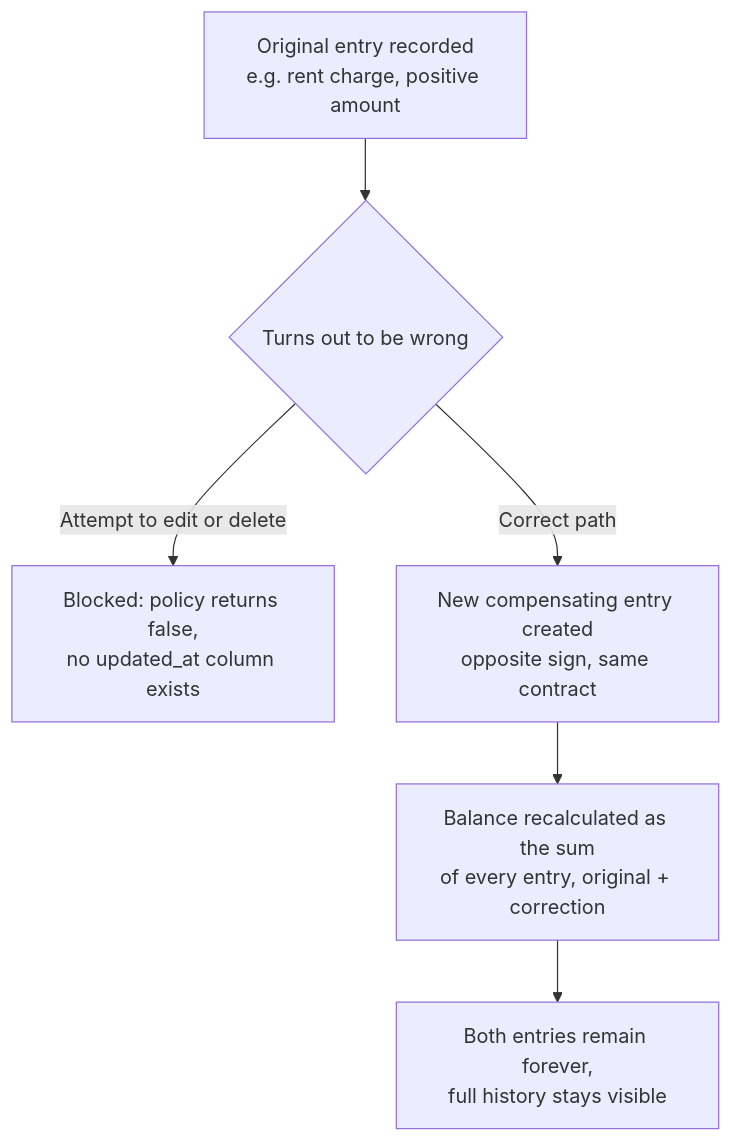
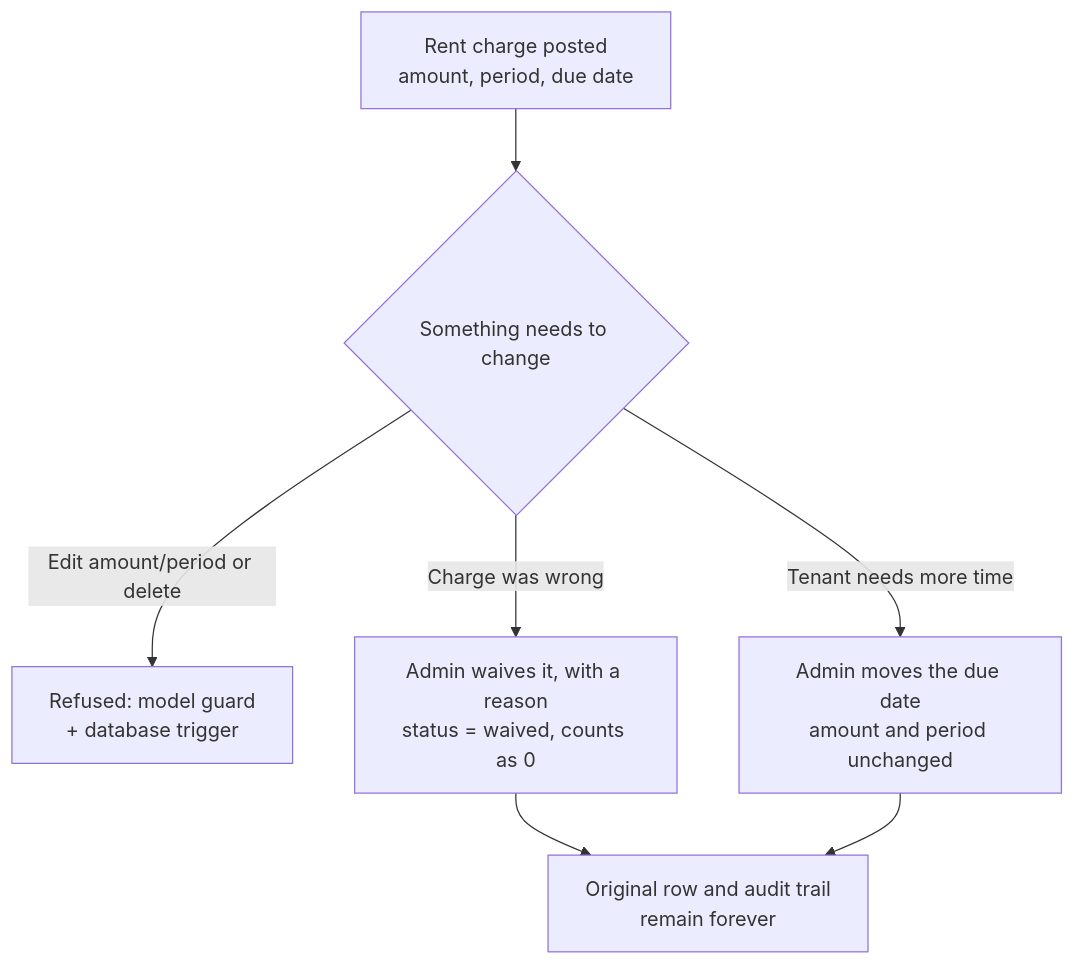
One commit to Knight-Frost/Wyncrest changed the first of 3 diagrams in README.md. Above: the diagram before and after it, drawn with Mermaid. The commit also changed other lines of this file and 115 other files, not shown here.

First line of the commit message:
feat(billing): first-of-month rent, admin due-date controls, launch closeout

````diff
--- a/README.md
+++ b/README.md
@@ -41,8 +43,9 @@
 ```mermaid
 flowchart TD
-    A[Original entry recorded<br/>e.g. rent charge, positive amount] --> B{Turns out to be wrong}
-    B -->|Attempt to edit or delete| X[Blocked: policy returns false,<br/>no updated_at column exists]
-    B -->|Correct path| C[New compensating entry created<br/>opposite sign, same contract]
-    C --> D[Balance recalculated as the sum<br/>of every entry, original + correction]
-    D --> E[Both entries remain forever,<br/>full history stays visible]
+    A[Rent charge posted<br/>amount, period, due date] --> B{Something needs to change}
+    B -->|Edit amount/period or delete| X[Refused: model guard<br/>+ database trigger]
+    B -->|Charge was wrong| C[Admin waives it, with a reason<br/>status = waived, counts as 0]
+    B -->|Tenant needs more time| D[Admin moves the due date<br/>amount and period unchanged]
+    C --> E[Original row and audit trail<br/>remain forever]
+    D --> E
 ```
````
